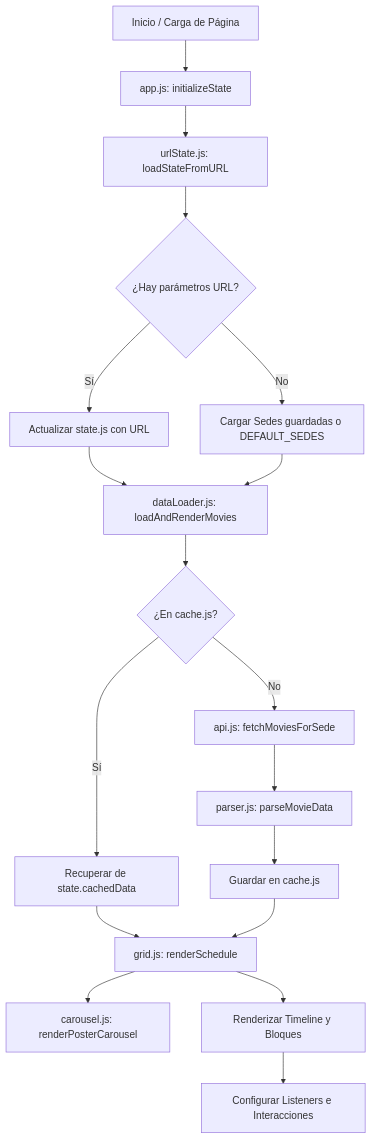
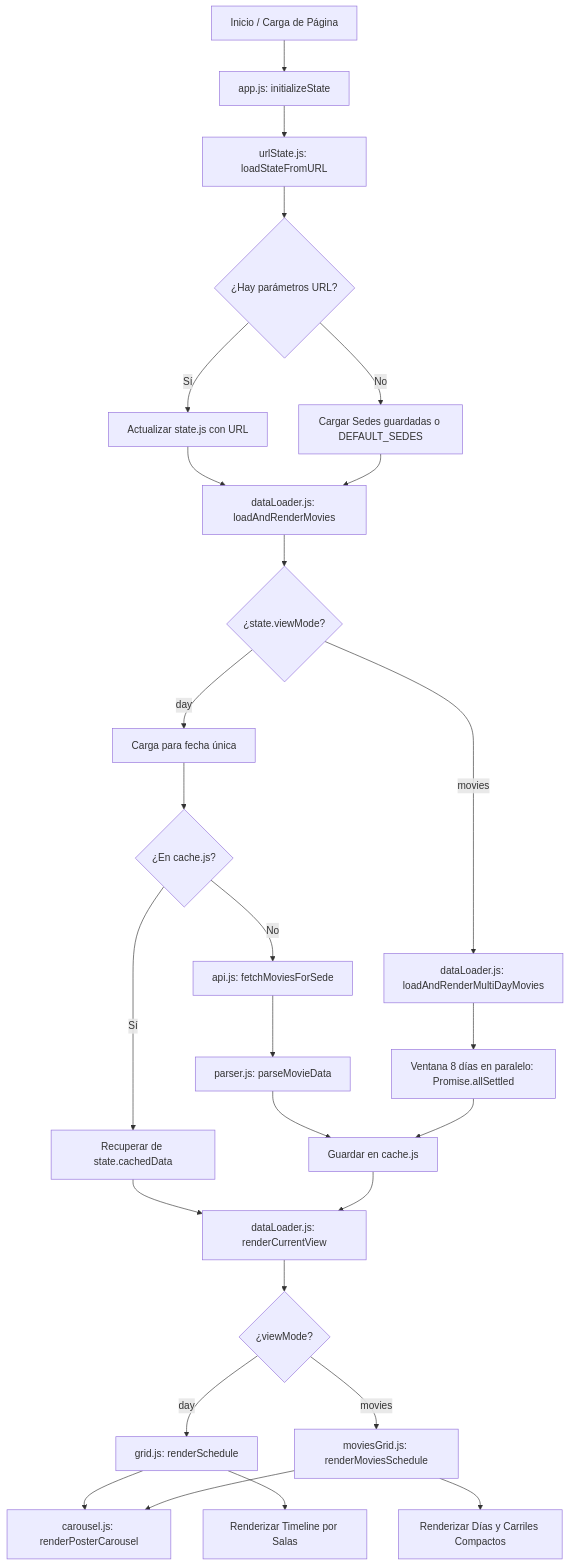
Before and after one commit to jjsantos01/cineteca-schedule-grid: the first of 2 diagrams in docs/architecture.md, drawn with Mermaid. The commit also changed other lines of this file and 8 other files, not shown here.

Commit message:
docs: update technical documentation for moviesGrid and multi-day view

````diff
--- a/docs/architecture.md
+++ b/docs/architecture.md
@@ -9,22 +9,35 @@
 ```mermaid
 flowchart TD
     A[Inicio / Carga de Página] --> B[app.js: initializeState]
     B --> C[urlState.js: loadStateFromURL]
     C --> D{¿Hay parámetros URL?}
     D -- Sí --> E[Actualizar state.js con URL]
     D -- No --> F[Cargar Sedes guardadas o DEFAULT_SEDES]
     E --> G[dataLoader.js: loadAndRenderMovies]
     F --> G
 
-    G --> H{¿En cache.js?}
+    G --> G1{¿state.viewMode?}
+    G1 -- day --> G2[Carga para fecha única]
+    G1 -- movies --> G3[dataLoader.js: loadAndRenderMultiDayMovies]
+
+    G2 --> H{¿En cache.js?}
     H -- Sí --> I[Recuperar de state.cachedData]
     H -- No --> J[api.js: fetchMoviesForSede]
     J --> K[parser.js: parseMovieData]
     K --> L[Guardar en cache.js]
-    I --> M[grid.js: renderSchedule]
+
+    G3 --> G4[Ventana 8 días en paralelo: Promise.allSettled]
+    G4 --> L
+
+    I --> M[dataLoader.js: renderCurrentView]
     L --> M
 
-    M --> N[carousel.js: renderPosterCarousel]
-    M --> O[Renderizar Timeline y Bloques]
-    O --> P[Configurar Listeners e Interacciones]
+    M --> M1{¿viewMode?}
+    M1 -- day --> N1[grid.js: renderSchedule]
+    M1 -- movies --> N2[moviesGrid.js: renderMoviesSchedule]
+
+    N1 --> O[carousel.js: renderPosterCarousel]
+    N2 --> O
+    N1 --> P[Renderizar Timeline por Salas]
+    N2 --> Q[Renderizar Días y Carriles Compactos]
 ```
````
